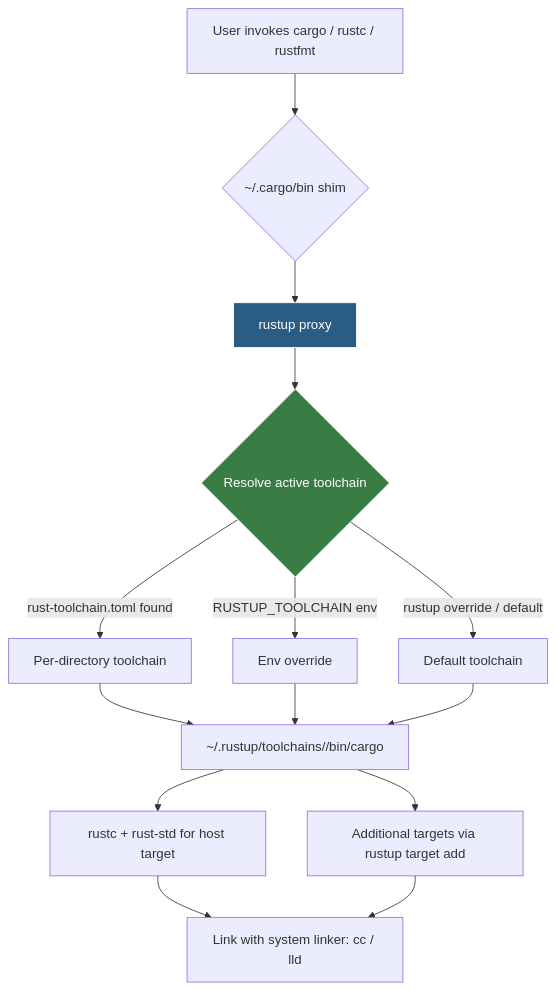
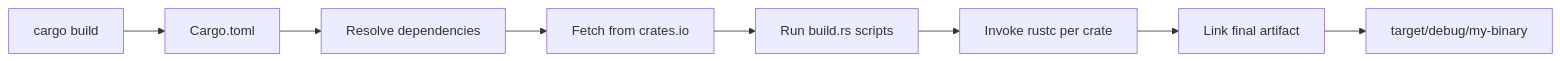
The first of 7 diagrams in vol-20-rust-backend/ch01-rust-architecture.md (bumbsclaw/textbooks), drawn with Mermaid before and after one commit. The commit also changed other lines of this file and 1 other file, not shown here.

First line of the commit message:
fix(vol20): resolve ch01 concurrent writes — keep concise 6,050w version

````diff
--- a/vol-20-rust-backend/ch01-rust-architecture.md
+++ b/vol-20-rust-backend/ch01-rust-architecture.md
@@ -70,18 +94,10 @@
 ```mermaid
-flowchart TD
-    A["User invokes cargo / rustc / rustfmt"] --> B{"~/.cargo/bin shim"}
-    B --> C["rustup proxy"]
-    C --> D{"Resolve active toolchain"}
-    D -->|"rust-toolchain.toml found"| E["Per-directory toolchain"]
-    D -->|"RUSTUP_TOOLCHAIN env"| F["Env override"]
-    D -->|"rustup override / default"| G["Default toolchain"]
-    E --> H["~/.rustup/toolchains/<name>/bin/cargo"]
-    F --> H
-    G --> H
-    H --> I["rustc + rust-std for host target"]
-    H --> J["Additional targets via rustup target add"]
-    I --> K["Link with system linker: cc / lld"]
-    J --> K
-    style C fill:#2a5d84,stroke:#fff,color:#fff
-    style D fill:#3a7d44,stroke:#fff,color:#fff
+flowchart LR
+    A["cargo build"] --> B["Cargo.toml"]
+    B --> C["Resolve dependencies"]
+    C --> D["Fetch from crates.io"]
+    D --> E["Run build.rs scripts"]
+    E --> F["Invoke rustc per crate"]
+    F --> G["Link final artifact"]
+    G --> H["target/debug/my-binary"]
 ```
````
